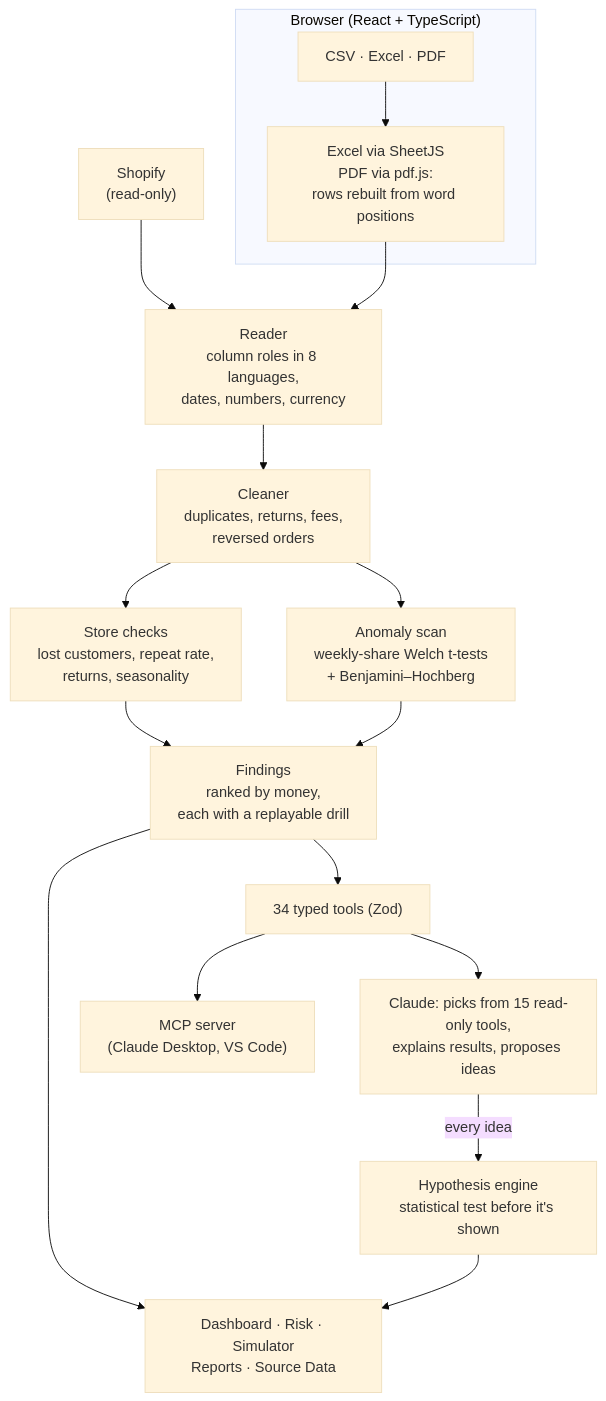
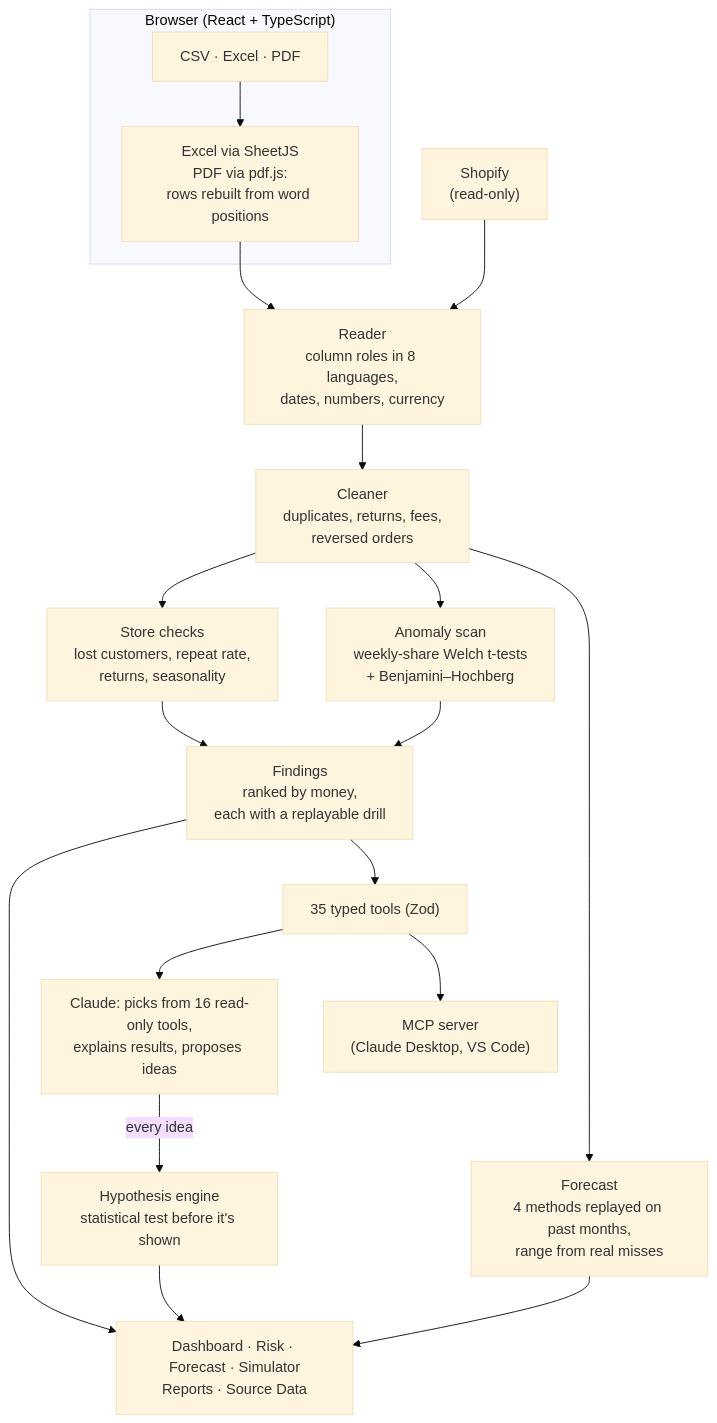
The diagram in README.md (Sidd-solves/Blindspot-2), drawn with Mermaid (base theme) before and after one commit. The commit also changed other lines of this file and 17 other files, not shown here.

````diff
--- a/README.md
+++ b/README.md
@@ -25,19 +25,21 @@
 ```mermaid
 flowchart TD
   subgraph Browser["Browser (React + TypeScript)"]
     F["CSV · Excel · PDF"] --> X["Excel via SheetJS<br/>PDF via pdf.js:<br/>rows rebuilt from word positions"]
   end
   S["Shopify<br/>(read-only)"] --> R
   X --> R["Reader<br/>column roles in 8 languages,<br/>dates, numbers, currency"]
   R --> C["Cleaner<br/>duplicates, returns, fees,<br/>reversed orders"]
   C --> K["Store checks<br/>lost customers, repeat rate,<br/>returns, seasonality"]
   C --> A["Anomaly scan<br/>weekly-share Welch t-tests<br/>+ Benjamini–Hochberg"]
   K --> FD["Findings<br/>ranked by money,<br/>each with a replayable drill"]
   A --> FD
-  FD --> UI["Dashboard · Risk · Simulator<br/>Reports · Source Data"]
-  FD --> T["34 typed tools (Zod)"]
-  T --> AI["Claude: picks from 15 read-only tools,<br/>explains results, proposes ideas"]
+  C --> FC["Forecast<br/>4 methods replayed on past months,<br/>range from real misses"]
+  FC --> UI
+  FD --> UI["Dashboard · Risk · Forecast · Simulator<br/>Reports · Source Data"]
+  FD --> T["35 typed tools (Zod)"]
+  T --> AI["Claude: picks from 16 read-only tools,<br/>explains results, proposes ideas"]
   AI -- "every idea" --> H["Hypothesis engine<br/>statistical test before it's shown"]
   H --> UI
   T --> MCP["MCP server<br/>(Claude Desktop, VS Code)"]
 ```
````
